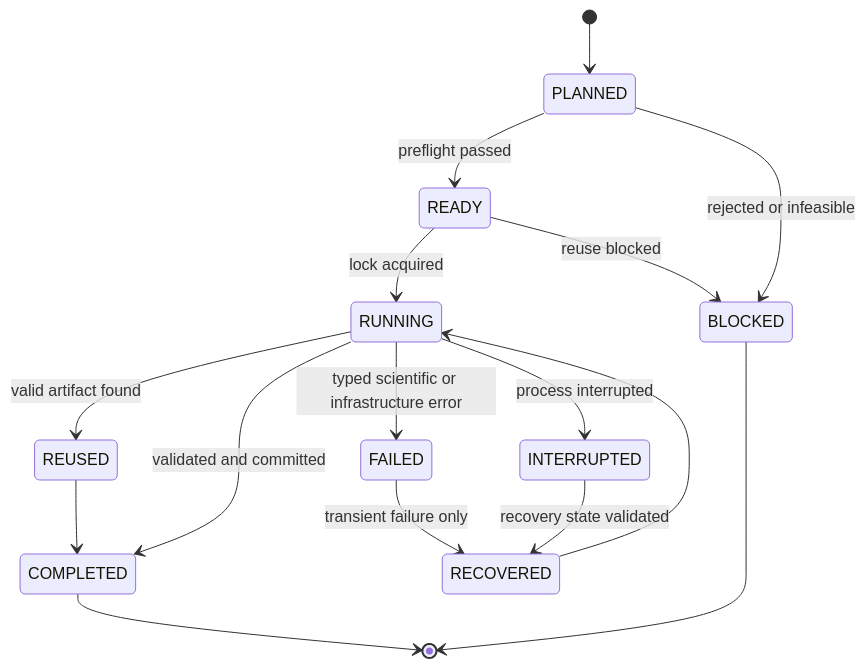
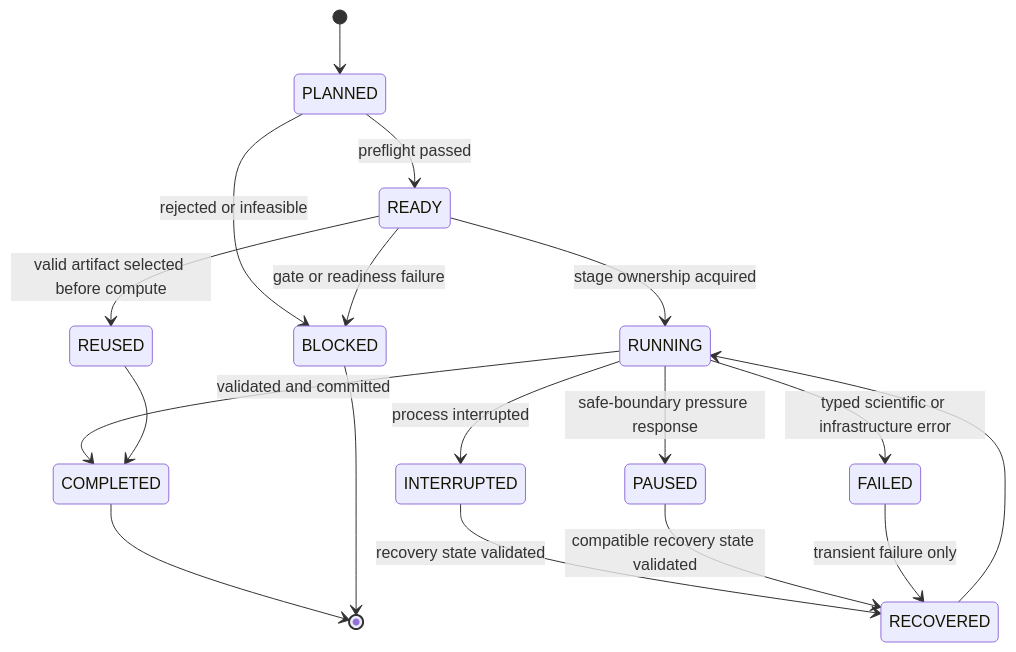
One commit to naslouby-salahe/datp-core changed the ninth of 10 diagrams in docs/DATP Core Architecture.md. Above: the diagram before and after it, drawn with Mermaid. The commit also changed other lines of this file, not shown here.

Commit message:
Update architecture

````diff
--- a/docs/DATP Core Architecture.md
+++ b/docs/DATP Core Architecture.md
@@ -1346,18 +1645,20 @@
 ```mermaid
 stateDiagram-v2
     [*] --> PLANNED
     PLANNED --> READY: preflight passed
     PLANNED --> BLOCKED: rejected or infeasible
-    READY --> RUNNING: lock acquired
-    READY --> BLOCKED: reuse blocked
-    RUNNING --> REUSED: valid artifact found
+    READY --> REUSED: valid artifact selected before compute
+    READY --> RUNNING: stage ownership acquired
+    READY --> BLOCKED: gate or readiness failure
     RUNNING --> COMPLETED: validated and committed
     RUNNING --> FAILED: typed scientific or infrastructure error
     RUNNING --> INTERRUPTED: process interrupted
+    RUNNING --> PAUSED: safe-boundary pressure response
     REUSED --> COMPLETED
     INTERRUPTED --> RECOVERED: recovery state validated
+    PAUSED --> RECOVERED: compatible recovery state validated
     FAILED --> RECOVERED: transient failure only
     RECOVERED --> RUNNING
     COMPLETED --> [*]
     BLOCKED --> [*]
 ```
````
